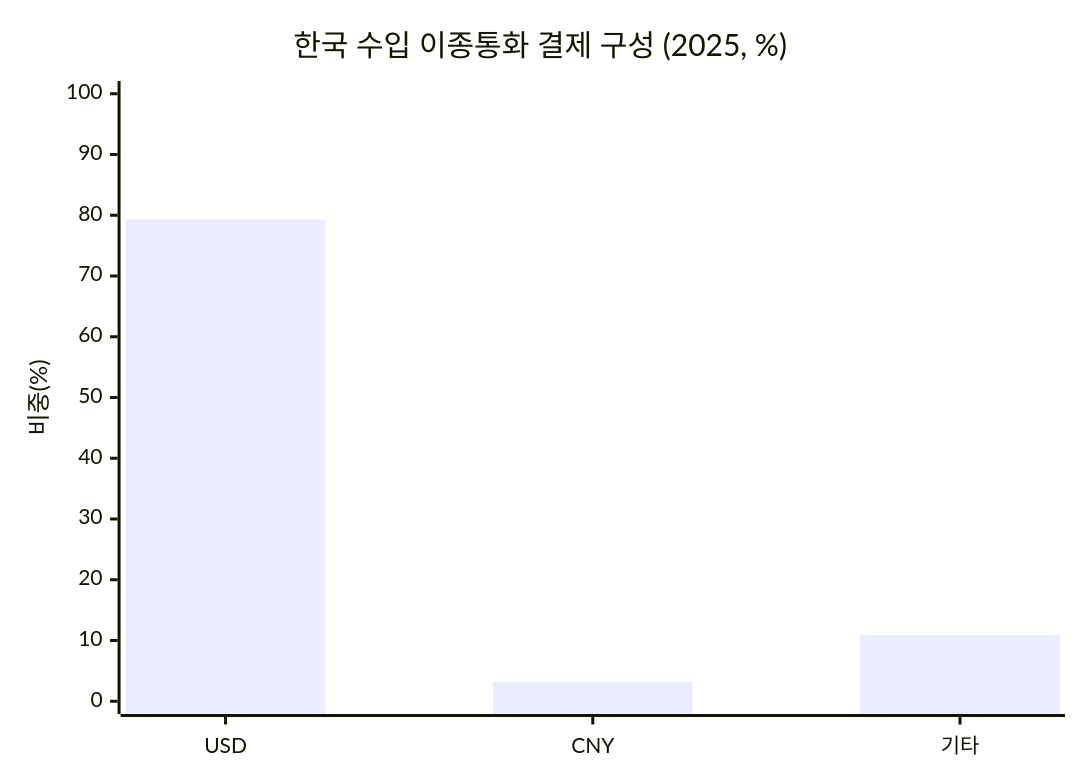
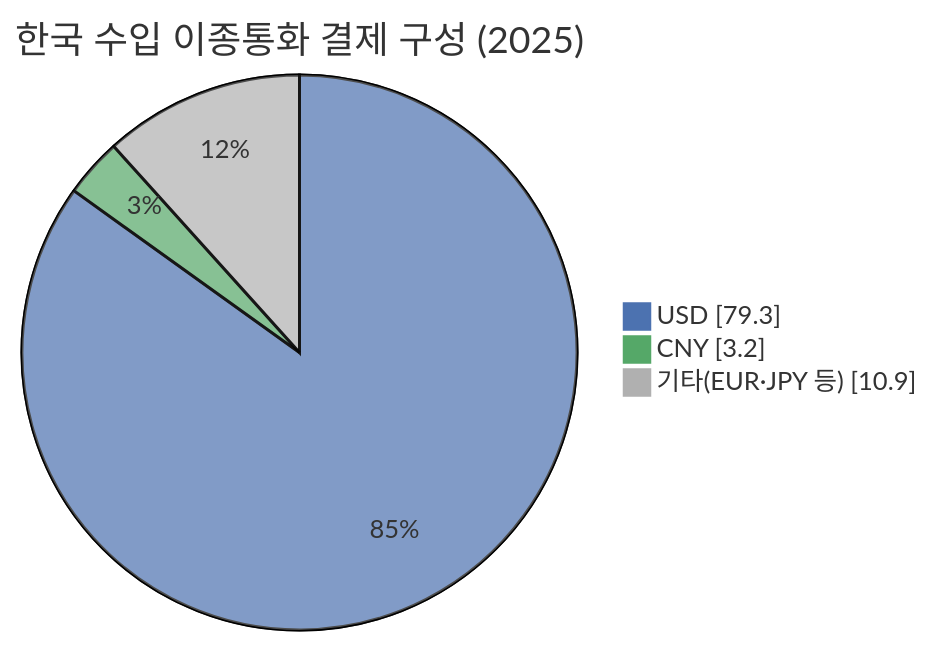
The second of 5 diagrams in 04_TAM-SAM-SOM_마켓세그먼트/06_6단계_반복적정제.md (jennie-brain/business-analysis-frameworks), drawn with Mermaid before and after one commit. The commit also changed other lines of this file and 1 other file, not shown here.

````diff
--- a/04_TAM-SAM-SOM_마켓세그먼트/06_6단계_반복적정제.md
+++ b/04_TAM-SAM-SOM_마켓세그먼트/06_6단계_반복적정제.md
@@ -27,7 +28,8 @@
 ```mermaid
-xychart-beta
-    title "한국 수입 이종통화 결제 구성 (2025, %)"
-    x-axis ["USD", "CNY", "기타"]
-    y-axis "비중(%)" 0 --> 100
-    bar [79.3, 3.2, 10.9]
+%%{init: {"theme": "base", "themeVariables": {"pieOuterStrokeWidth": "1px", "pie1": "#4C72B0", "pie2": "#55A868", "pie3": "#B0B0B0"}}}%%
+pie showData
+    title 한국 수입 이종통화 결제 구성 (2025)
+    "USD" : 79.3
+    "CNY" : 3.2
+    "기타(EUR·JPY 등)" : 10.9
 ```
````
